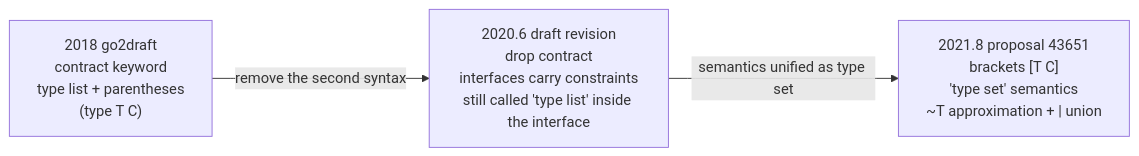
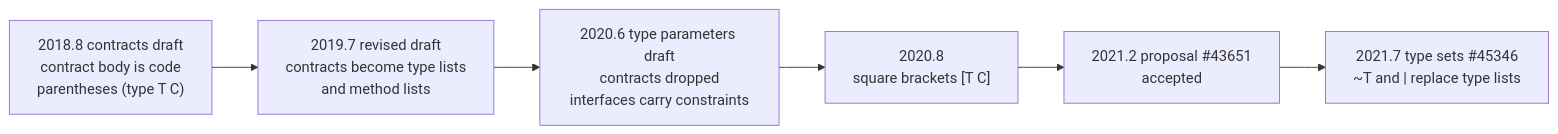
The diagram in book/en-us/part2lang/ch08generics/contracts.md (golang-design/under-the-hood), drawn with Mermaid before and after one commit. The commit also changed other lines of this file and 24 other files, not shown here.

````diff
--- a/book/en-us/part2lang/ch08generics/contracts.md
+++ b/book/en-us/part2lang/ch08generics/contracts.md
@@ -220,8 +245,10 @@
 ```mermaid
 flowchart LR
-    A["2018 go2draft<br/>contract keyword<br/>type list + parentheses<br/>(type T C)"]
-    B["2020.6 draft revision<br/>drop contract<br/>interfaces carry constraints<br/>still called 'type list' inside the interface"]
-    C["2021.8 proposal 43651<br/>brackets [T C]<br/>'type set' semantics<br/>~T approximation + | union"]
-    A -->|"remove the second syntax"| B
-    B -->|"semantics unified as type set"| C
+    A["2018.8 contracts draft<br/>contract body is code<br/>parentheses (type T C)"]
+    B["2019.7 revised draft<br/>contracts become type lists<br/>and method lists"]
+    C["2020.6 type parameters draft<br/>contracts dropped<br/>interfaces carry constraints"]
+    D["2020.8<br/>square brackets [T C]"]
+    E["2021.2 proposal #43651<br/>accepted"]
+    F["2021.7 type sets #45346<br/>~T and | replace type lists"]
+    A --> B --> C --> D --> E --> F
 ```
````
